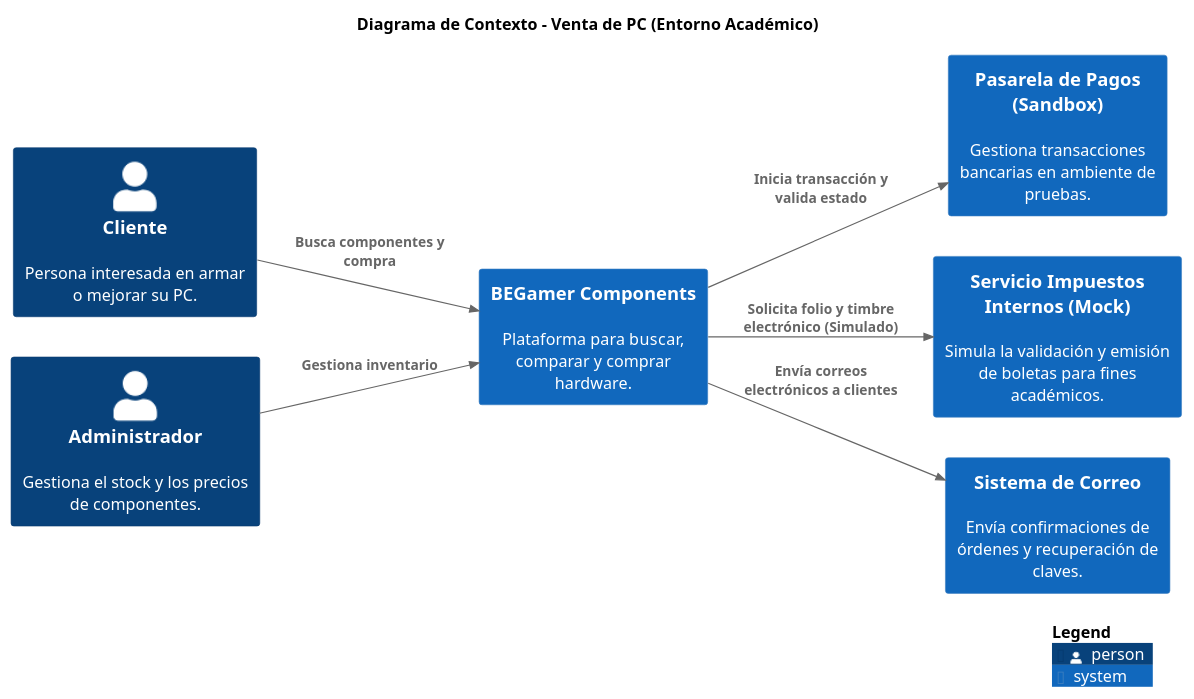
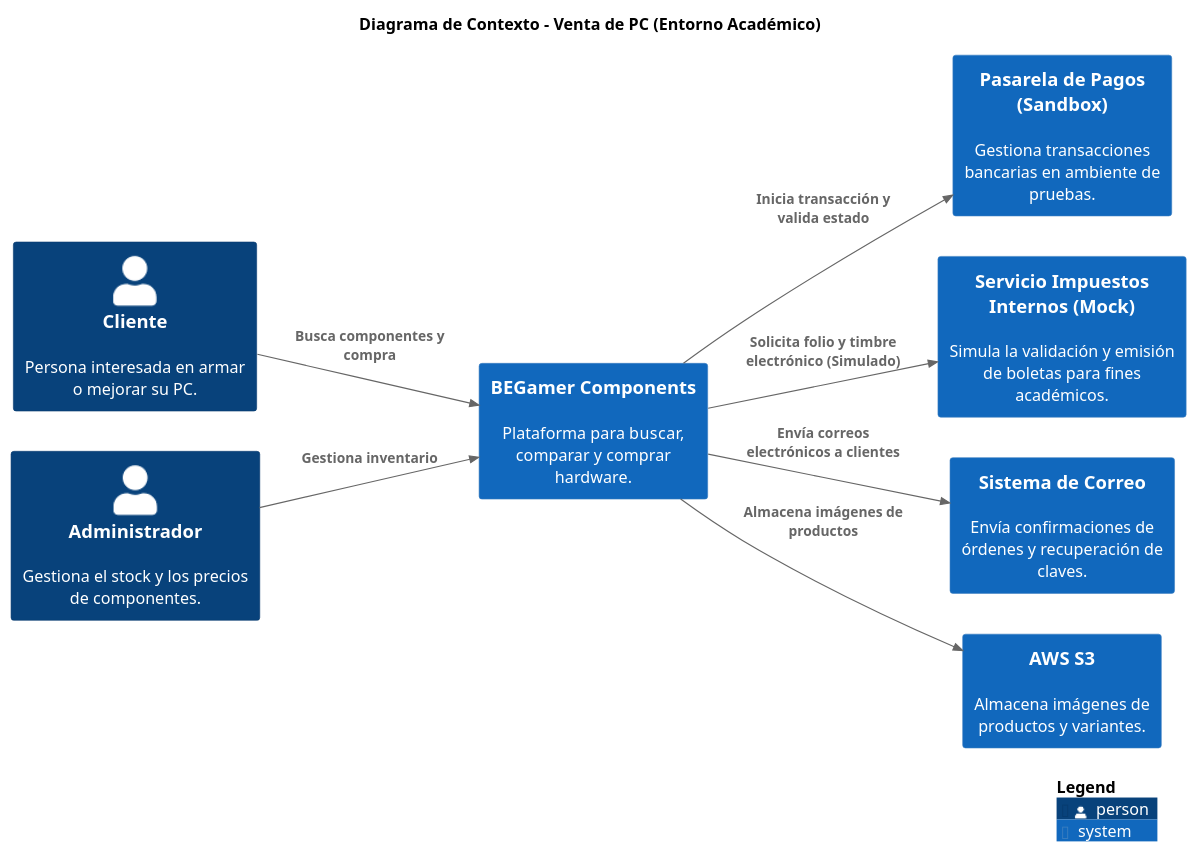
The diagram in master/puml/DiagramaContexto.puml (BruizN/BEGAMER-PC-COMPONENTS), drawn with PlantUML before and after one commit. The commit also changed 64 other files, not shown here.

```diff
--- a/master/puml/DiagramaContexto.puml
+++ b/master/puml/DiagramaContexto.puml
@@ -1,24 +1,26 @@
 @startuml
 set separator none
 title Diagrama de Contexto - Venta de PC (Entorno Académico)
 
 left to right direction
 
 !include <C4/C4>
 !include <C4/C4_Context>
 
 Person(Cliente, "Cliente", $descr="Persona interesada en armar o mejorar su PC.", $tags="", $link="")
 Person(Administrador, "Administrador", $descr="Gestiona el stock y los precios de componentes.", $tags="", $link="")
 System(BEGamerComponents, "BEGamer Components", $descr="Plataforma para buscar, comparar y comprar hardware.", $tags="", $link="")
 System(PasareladePagosSandbox, "Pasarela de Pagos (Sandbox)", $descr="Gestiona transacciones bancarias en ambiente de pruebas.", $tags="", $link="")
 System(ServicioImpuestosInternosMock, "Servicio Impuestos Internos (Mock)", $descr="Simula la validación y emisión de boletas para fines académicos.", $tags="", $link="")
 System(SistemadeCorreo, "Sistema de Correo", $descr="Envía confirmaciones de órdenes y recuperación de claves.", $tags="", $link="")
+System(AWSS3, "AWS S3", $descr="Almacena imágenes de productos y variantes.", $tags="", $link="")
 
+Rel(Cliente, BEGamerComponents, "Busca componentes y compra", $techn="", $tags="", $link="")
 Rel(Administrador, BEGamerComponents, "Gestiona inventario", $techn="", $tags="", $link="")
+Rel(BEGamerComponents, AWSS3, "Almacena imágenes de productos", $techn="", $tags="", $link="")
 Rel(BEGamerComponents, PasareladePagosSandbox, "Inicia transacción y valida estado", $techn="", $tags="", $link="")
 Rel(BEGamerComponents, ServicioImpuestosInternosMock, "Solicita folio y timbre electrónico (Simulado)", $techn="", $tags="", $link="")
 Rel(BEGamerComponents, SistemadeCorreo, "Envía correos electrónicos a clientes", $techn="", $tags="", $link="")
-Rel(Cliente, BEGamerComponents, "Busca componentes y compra", $techn="", $tags="", $link="")
 
 SHOW_LEGEND(true)
 @enduml
```
